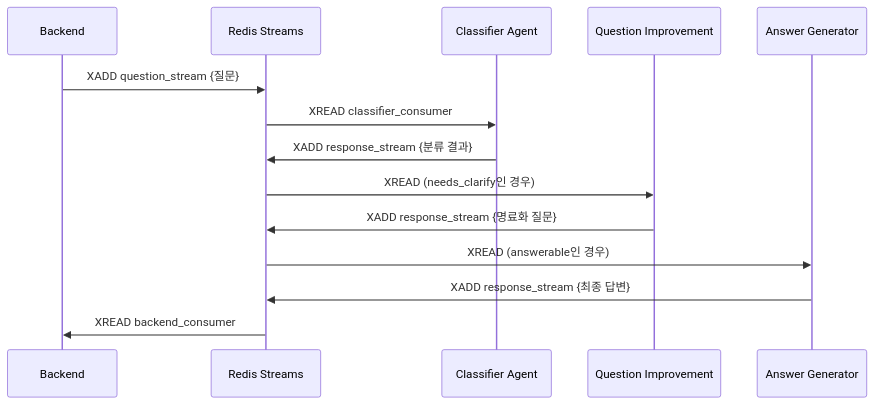
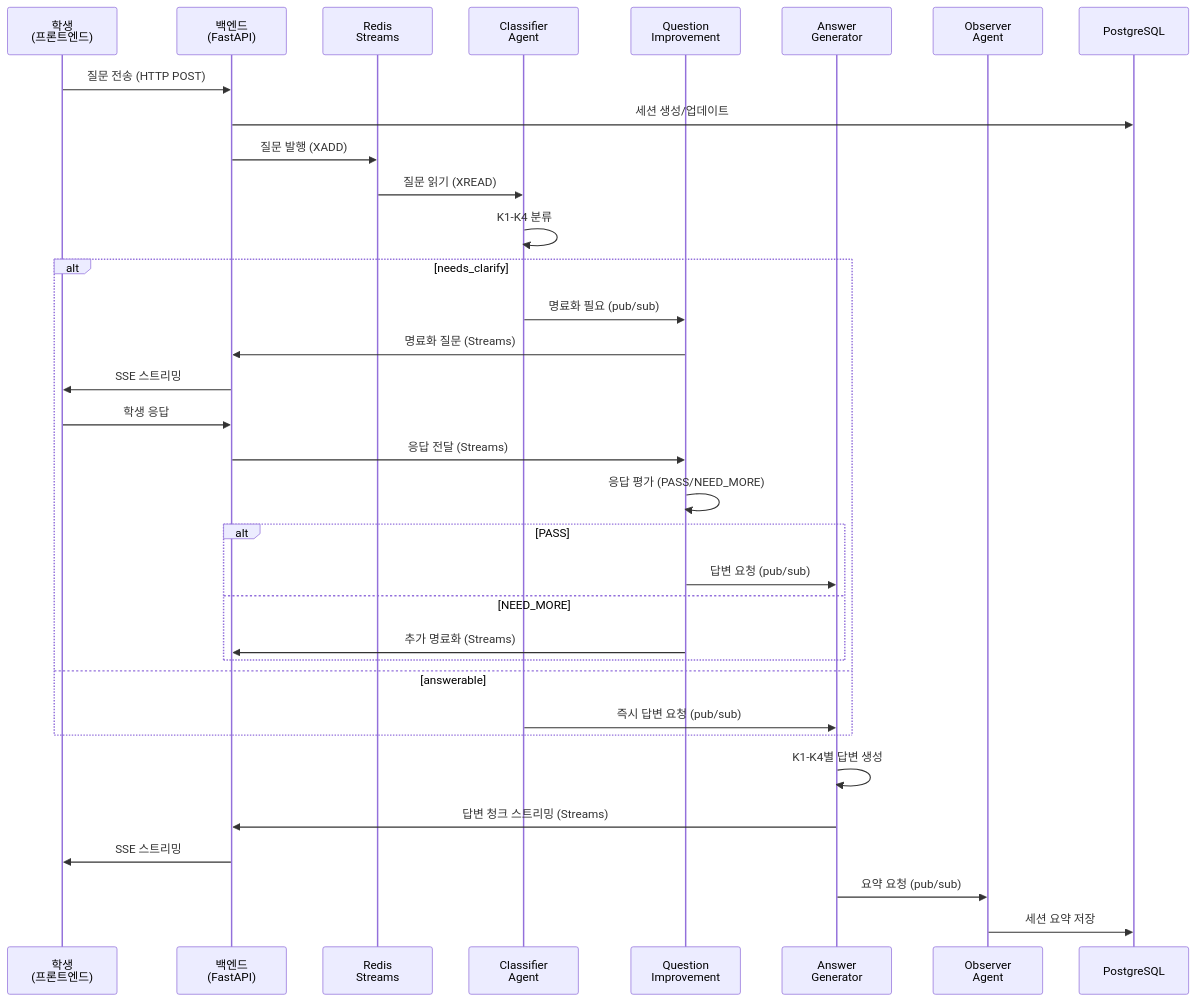
The second of 16 diagrams in docs/chapters/04-system-implementation.md (KimKyuBong/maice-paper-deploy), drawn with Mermaid before and after one commit. The commit also changed other lines of this file and 11 other files, not shown here.

````diff
--- a/docs/chapters/04-system-implementation.md
+++ b/docs/chapters/04-system-implementation.md
@@ -106,17 +142,40 @@
 ```mermaid
 sequenceDiagram
-    participant B as Backend
-    participant R as Redis Streams
-    participant C as Classifier Agent
-    participant Q as Question Improvement
-    participant A as Answer Generator
+    participant S as 학생<br/>(프론트엔드)
+    participant B as 백엔드<br/>(FastAPI)
+    participant R as Redis<br/>Streams
+    participant C as Classifier<br/>Agent
+    participant Q as Question<br/>Improvement
+    participant A as Answer<br/>Generator
+    participant O as Observer<br/>Agent
+    participant DB as PostgreSQL
     
-    B->>R: XADD question_stream {질문}
-    R->>C: XREAD classifier_consumer
-    C->>R: XADD response_stream {분류 결과}
-    R->>Q: XREAD (needs_clarify인 경우)
-    Q->>R: XADD response_stream {명료화 질문}
-    R->>A: XREAD (answerable인 경우)
-    A->>R: XADD response_stream {최종 답변}
-    R->>B: XREAD backend_consumer
+    S->>B: 질문 전송 (HTTP POST)
+    B->>DB: 세션 생성/업데이트
+    B->>R: 질문 발행 (XADD)
+    
+    R->>C: 질문 읽기 (XREAD)
+    C->>C: K1-K4 분류
+    
+    alt needs_clarify
+        C->>Q: 명료화 필요 (pub/sub)
+        Q->>B: 명료화 질문 (Streams)
+        B->>S: SSE 스트리밍
+        S->>B: 학생 응답
+        B->>Q: 응답 전달 (Streams)
+        Q->>Q: 응답 평가 (PASS/NEED_MORE)
+        alt PASS
+            Q->>A: 답변 요청 (pub/sub)
+        else NEED_MORE
+            Q->>B: 추가 명료화 (Streams)
+        end
+    else answerable
+        C->>A: 즉시 답변 요청 (pub/sub)
+    end
+    
+    A->>A: K1-K4별 답변 생성
+    A->>B: 답변 청크 스트리밍 (Streams)
+    B->>S: SSE 스트리밍
+    A->>O: 요약 요청 (pub/sub)
+    O->>DB: 세션 요약 저장
 ```
````
